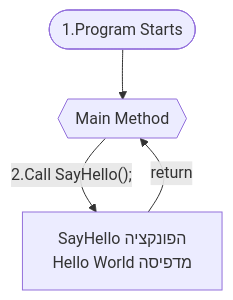
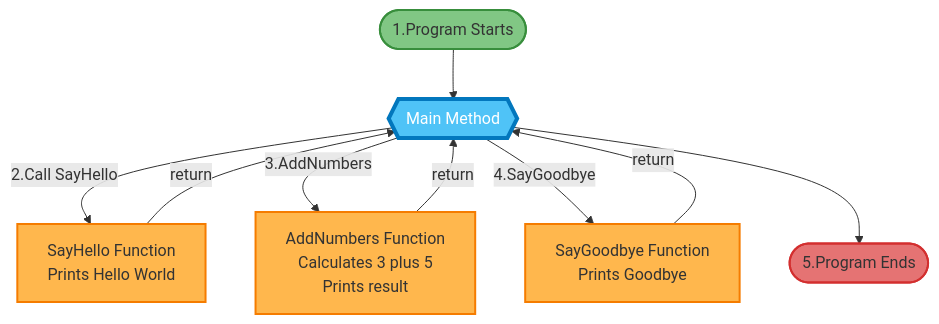
Before and after one commit to 3strategy/mathBeautifulFork: the diagram in cs2/Chapter7.md, drawn with Mermaid.

Commit message:
another try

```diff
--- a/cs2/Chapter7.md
+++ b/cs2/Chapter7.md
@@ -50,6 +50,18 @@
 <div class="mermaid">
 flowchart TD
     Start([1.Program Starts]) --> Main
-    Main{{"Main Method"}} --> |"2.Call SayHello();"| SayHello[SayHello הפונקציה<br/> Hello World מדפיסה]
+    Main{{"Main Method"}} --> |2.Call SayHello| SayHello[SayHello Function<br/>Prints Hello World]
     SayHello --> |return| Main
+    Main --> |3.AddNumbers| AddNumbers[AddNumbers Function<br/>Calculates 3 plus 5<br/>Prints result]
+    AddNumbers --> |return| Main
+    Main --> |4.SayGoodbye| SayGoodbye[SayGoodbye Function<br/>Prints Goodbye]
+    SayGoodbye --> |return| Main
+    Main --> End([5.Program Ends])
+    
+    style Main fill:#4fc3f7,stroke:#0277bd,stroke-width:4px,color:#fff
+    style SayHello fill:#ffb74d,stroke:#f57c00,stroke-width:2px
+    style AddNumbers fill:#ffb74d,stroke:#f57c00,stroke-width:2px
+    style SayGoodbye fill:#ffb74d,stroke:#f57c00,stroke-width:2px
+    style Start fill:#81c784,stroke:#388e3c,stroke-width:2px
+    style End fill:#e57373,stroke:#d32f2f,stroke-width:2px
 </div>
```
